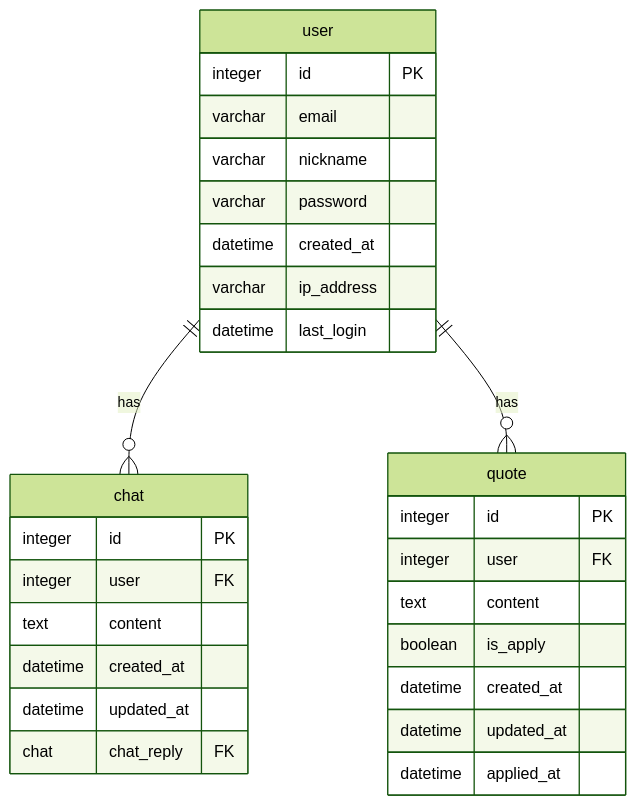
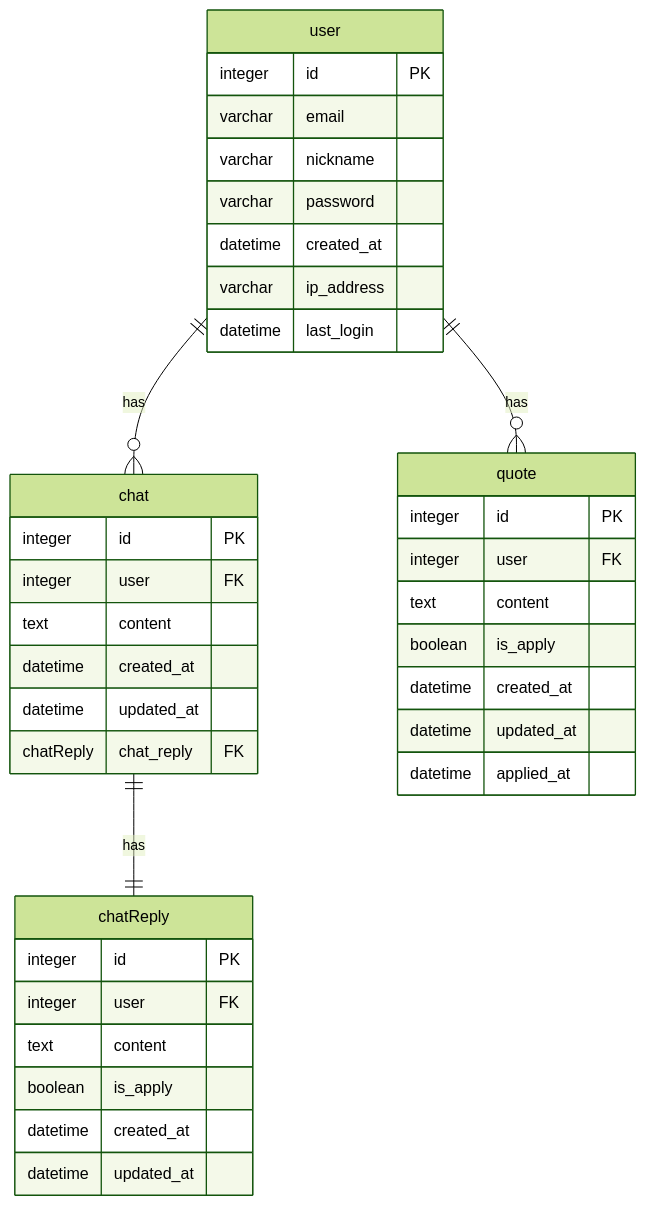
Before and after one commit to jmp7911/mid2_django_drf: the second of 2 diagrams in readme.md, drawn with Mermaid (forest theme).

````diff
--- a/readme.md
+++ b/readme.md
@@ -158,32 +158,42 @@
 ```mermaid
 erDiagram
     user ||--o{ chat : has
     user {
       integer id PK
       varchar email
       varchar nickname
       varchar password
       datetime created_at
       varchar ip_address
       datetime last_login
     }
     chat {
       integer id PK
       integer user FK
       text content
       datetime created_at
       datetime updated_at
-      chat chat_reply FK
+      chatReply chat_reply FK
     }
+    chatReply {
+      integer id PK
+      integer user FK
+      text content
+      boolean is_apply
+      datetime created_at
+      datetime updated_at
+      
+    }
+    chat ||--|| chatReply : has
     user ||--o{ quote : has
     quote {
       integer id PK
       integer user FK
       text content
       boolean is_apply
       datetime created_at
       datetime updated_at
       datetime applied_at
     }
     
 ```
````
